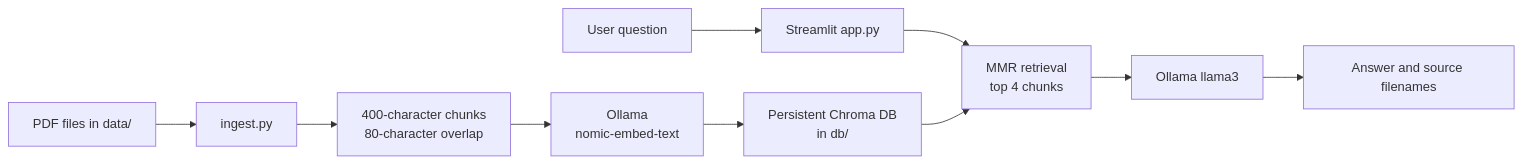
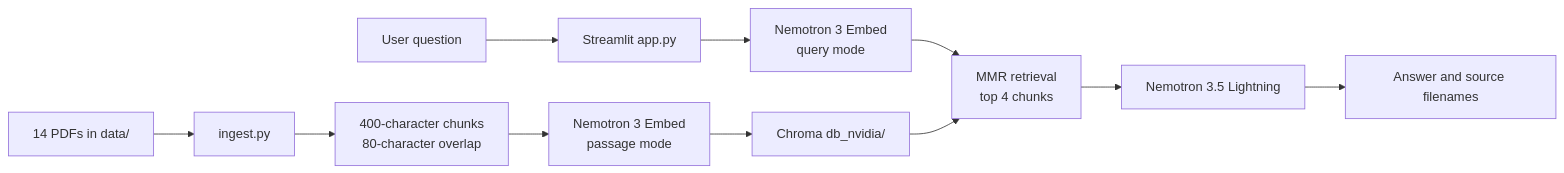
The diagram in README.md (peyton150-startup/Rag-Chatbot-Python-), drawn with Mermaid before and after one commit. The commit also changed other lines of this file and 8 other files, not shown here.

Commit message:
feat: replace Ollama with NVIDIA RAG models

````diff
--- a/README.md
+++ b/README.md
@@ -10,12 +10,13 @@
 ```mermaid
 flowchart LR
-    A[PDF files in data/] --> B[ingest.py]
+    A[14 PDFs in data/] --> B[ingest.py]
     B --> C[400-character chunks<br/>80-character overlap]
-    C --> D[Ollama<br/>nomic-embed-text]
-    D --> E[Persistent Chroma DB<br/>in db/]
+    C --> D[Nemotron 3 Embed<br/>passage mode]
+    D --> E[Chroma db_nvidia/]
     Q[User question] --> F[Streamlit app.py]
-    F --> G[MMR retrieval<br/>top 4 chunks]
-    E --> G
-    G --> H[Ollama llama3]
-    H --> I[Answer and source filenames]
+    F --> G[Nemotron 3 Embed<br/>query mode]
+    G --> H[MMR retrieval<br/>top 4 chunks]
+    E --> H
+    H --> I[Nemotron 3.5 Lightning]
+    I --> J[Answer and source filenames]
 ```
````
